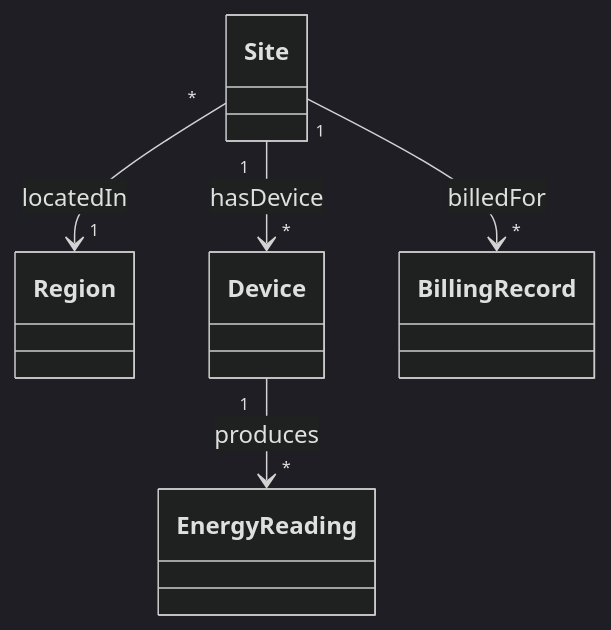
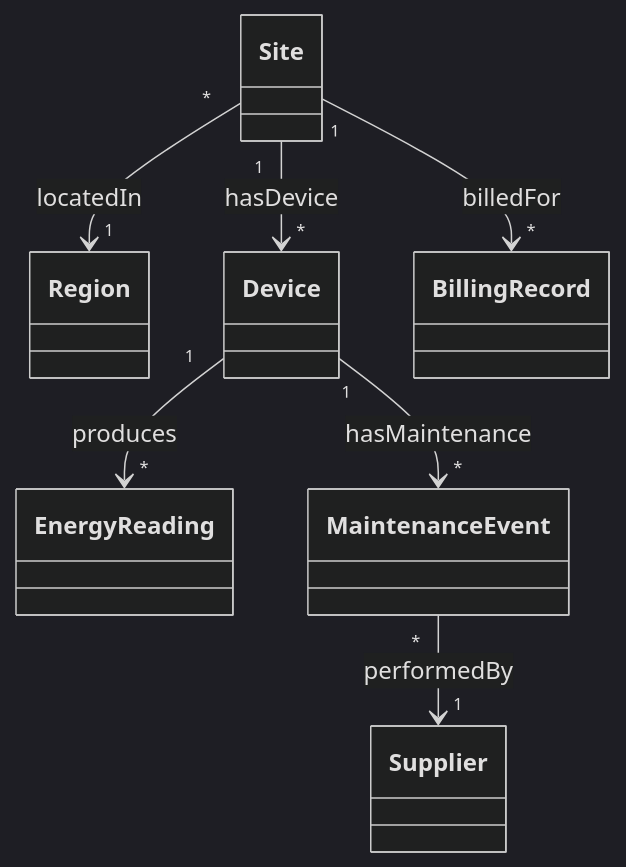
One commit to stpapaix/demo-ontology-energy changed the second of 2 diagrams in README.md. Above: the diagram before and after it, drawn with Mermaid (dark theme). The commit also changed other lines of this file and 4 other files, not shown here.

Commit message:
Add maintenance source (dim_supplier + maintenance_event) and wire into ontology as cross-source entities/relationships

````diff
--- a/README.md
+++ b/README.md
@@ -148,12 +148,16 @@
 ```mermaid
 classDiagram
     class Region
     class Site
     class Device
     class EnergyReading
     class BillingRecord
+    class Supplier
+    class MaintenanceEvent
     Site "*" --> "1" Region : locatedIn
     Site "1" --> "*" Device : hasDevice
     Device "1" --> "*" EnergyReading : produces
     Site "1" --> "*" BillingRecord : billedFor
+    Device "1" --> "*" MaintenanceEvent : hasMaintenance
+    MaintenanceEvent "*" --> "1" Supplier : performedBy
 ```
````
